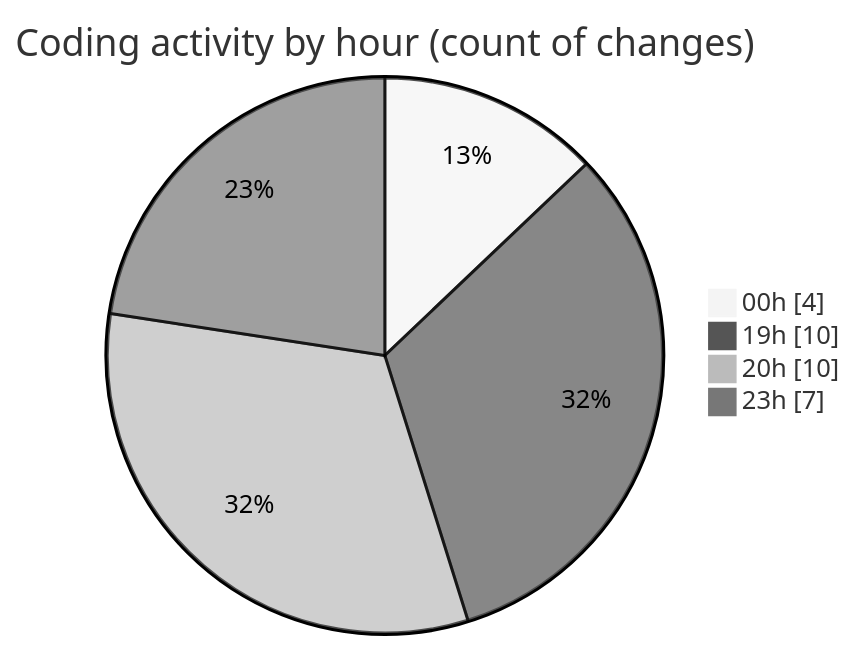
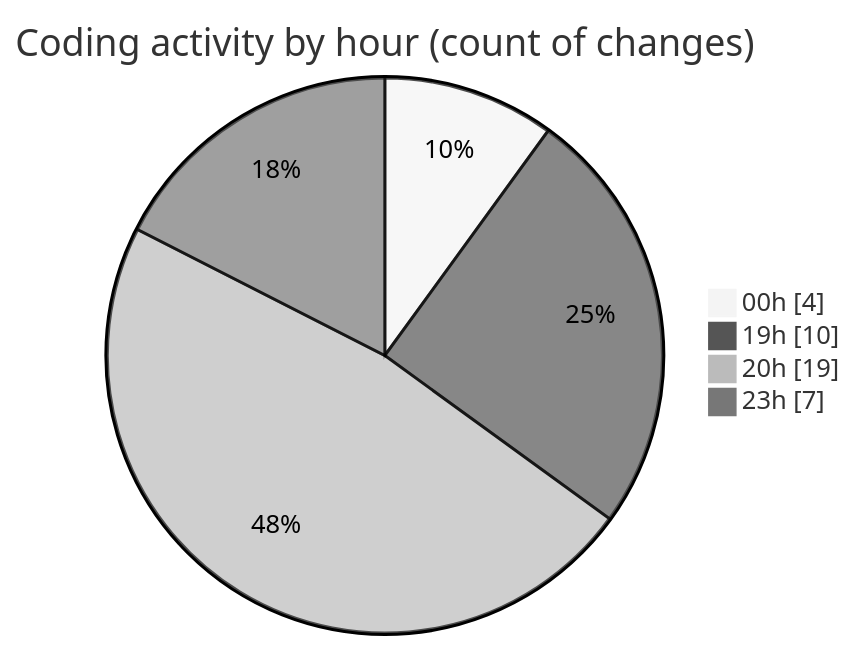
Before and after one commit to momahboobian/code-tracking: the second of 2 diagrams in 2025-02-27/cda/README.md, drawn with Mermaid (neutral theme). The commit also changed other lines of this file and 1 other file, not shown here.

````diff
--- a/2025-02-27/cda/README.md
+++ b/2025-02-27/cda/README.md
@@ -37,8 +37,8 @@
 ```mermaid
 pie showData
 title Coding activity by hour (count of changes)
 "00h" : 4
 "19h" : 10
-"20h" : 10
+"20h" : 19
 "23h" : 7
 ```
````
